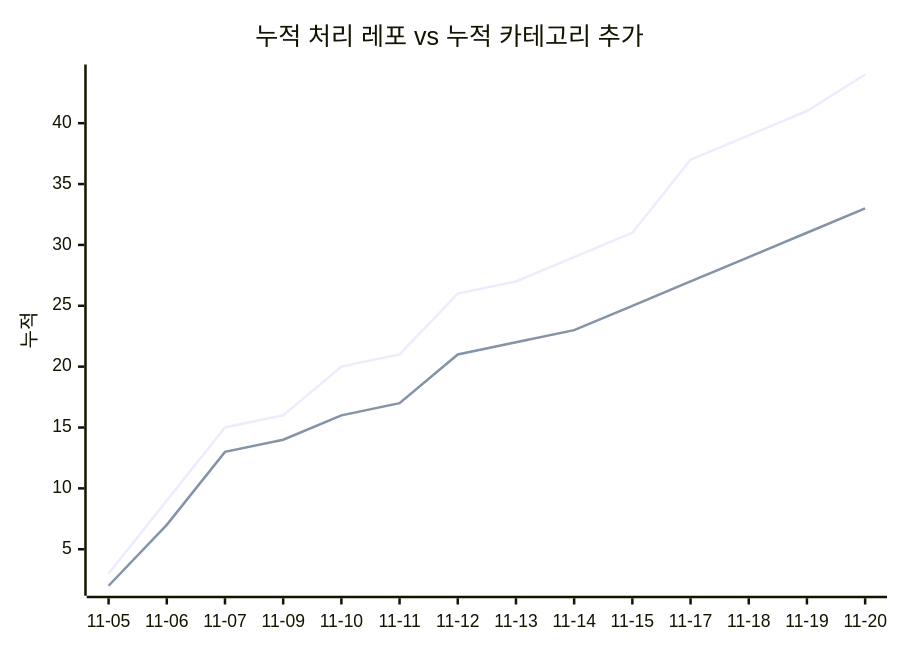
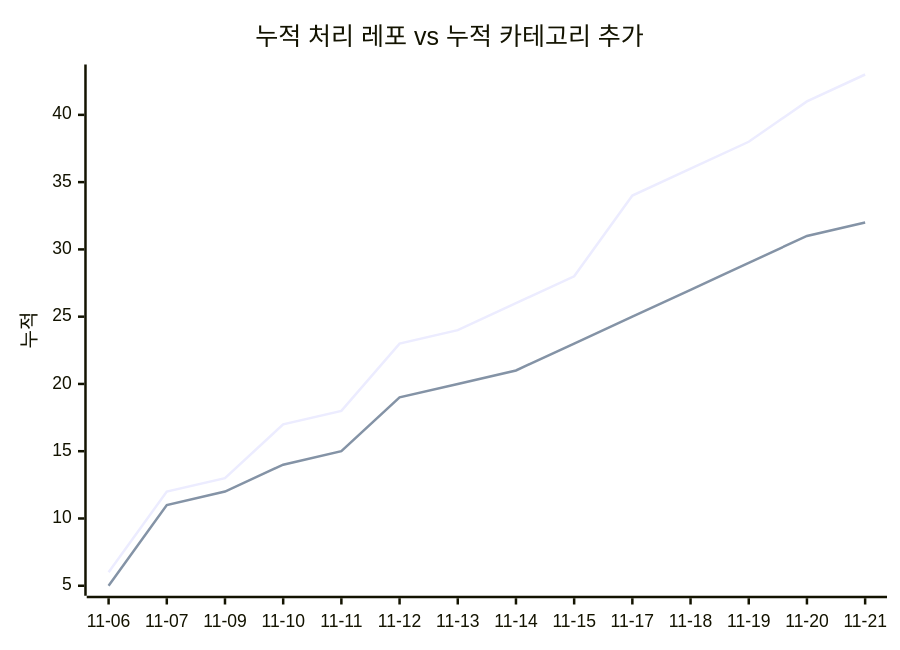
Before and after one commit to J-nowcow/awesome-korean-agent-skills: the second of 2 diagrams in docs/trends.md, drawn with Mermaid. The commit also changed other lines of this file and 27 other files, not shown here.

````diff
--- a/docs/trends.md
+++ b/docs/trends.md
@@ -68,8 +68,8 @@
 ```mermaid
 xychart-beta
     title "누적 처리 레포 vs 누적 카테고리 추가"
-    x-axis ["11-05","11-06","11-07","11-09","11-10","11-11","11-12","11-13","11-14","11-15","11-17","11-18","11-19","11-20"]
+    x-axis ["11-06","11-07","11-09","11-10","11-11","11-12","11-13","11-14","11-15","11-17","11-18","11-19","11-20","11-21"]
     y-axis "누적"
-    line [3,9,15,16,20,21,26,27,29,31,37,39,41,44]
-    line [2,7,13,14,16,17,21,22,23,25,27,29,31,33]
+    line [6,12,13,17,18,23,24,26,28,34,36,38,41,43]
+    line [5,11,12,14,15,19,20,21,23,25,27,29,31,32]
 ```
````
